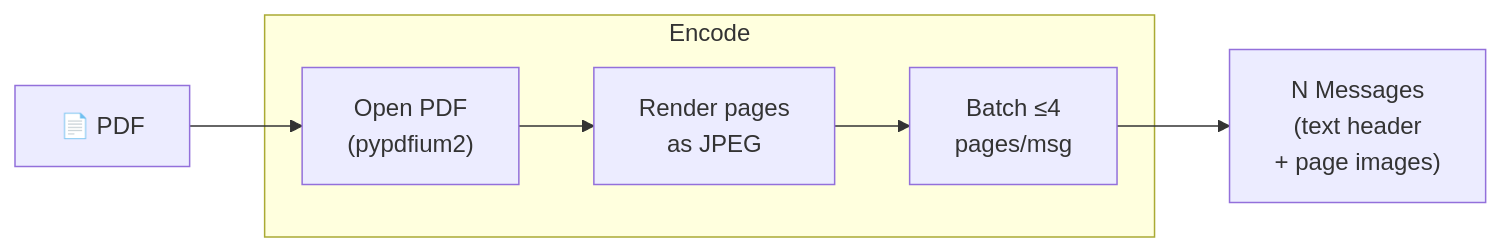
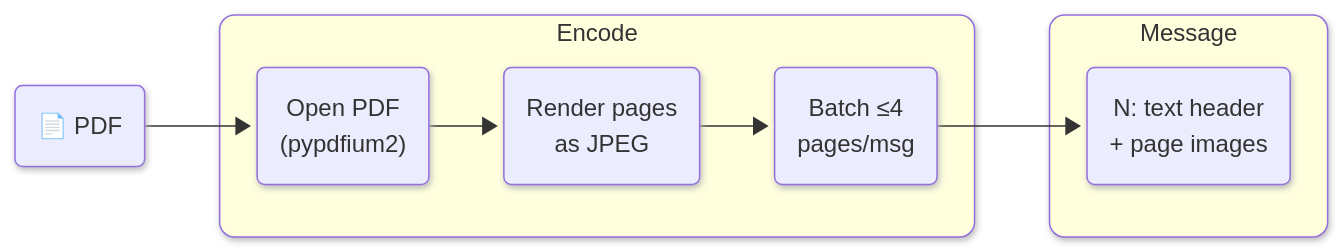
One commit to vlm-run/mm changed diagram 14 of 17 in docs/ENCODERS.md. Above: the diagram before and after it, drawn with Mermaid. The commit also changed other lines of this file and 1 other file, not shown here.

Commit message:
Use a proper message block with subgroups (#146)

````diff
--- a/docs/ENCODERS.md
+++ b/docs/ENCODERS.md
@@ -322,14 +388,19 @@
 ```mermaid
+%%{init: {'look': 'neo'} }%%
 graph LR
-  doc["📄 PDF"]
+  doc("📄 PDF")
 
   subgraph encode ["Encode"]
-    open["Open PDF\n(pypdfium2)"]
-    render["Render pages\nas JPEG"]
-    batch["Batch ≤4\npages/msg"]
+    open("Open PDF\n(pypdfium2)")
+    render("Render pages\nas JPEG")
+    batch("Batch ≤4\npages/msg")
   end
 
-  msgs["N Messages\n(text header\n+ page images)"]
+  subgraph message ["Message"]
+    msgs("N: text header\n+ page images")
+  end
 
   doc --> open --> render --> batch --> msgs
+  style encode rx:10px,ry:10px
+  style message rx:10px,ry:10px
 ```
````
